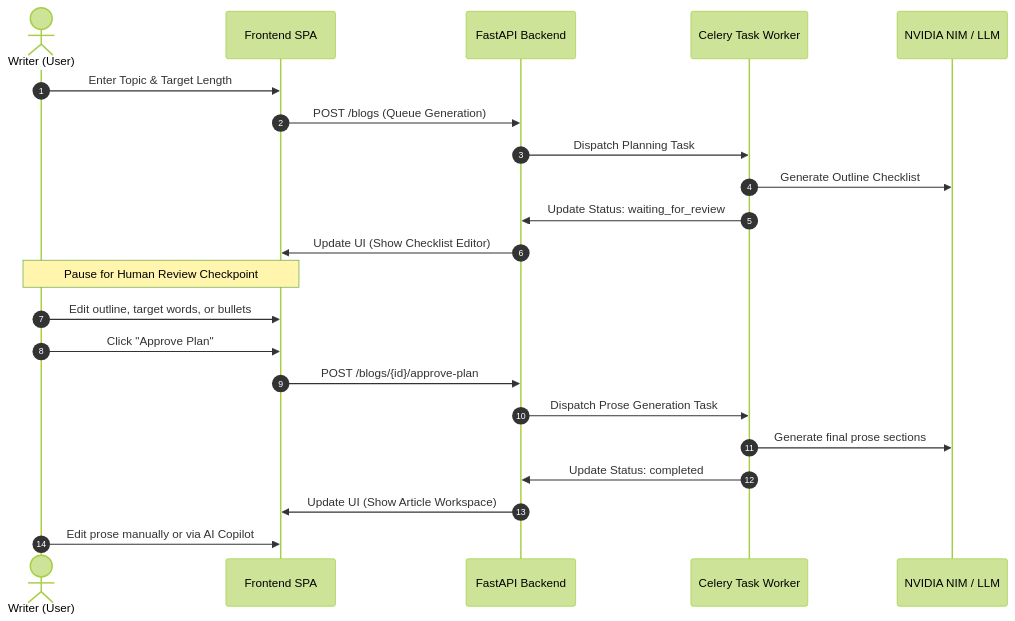
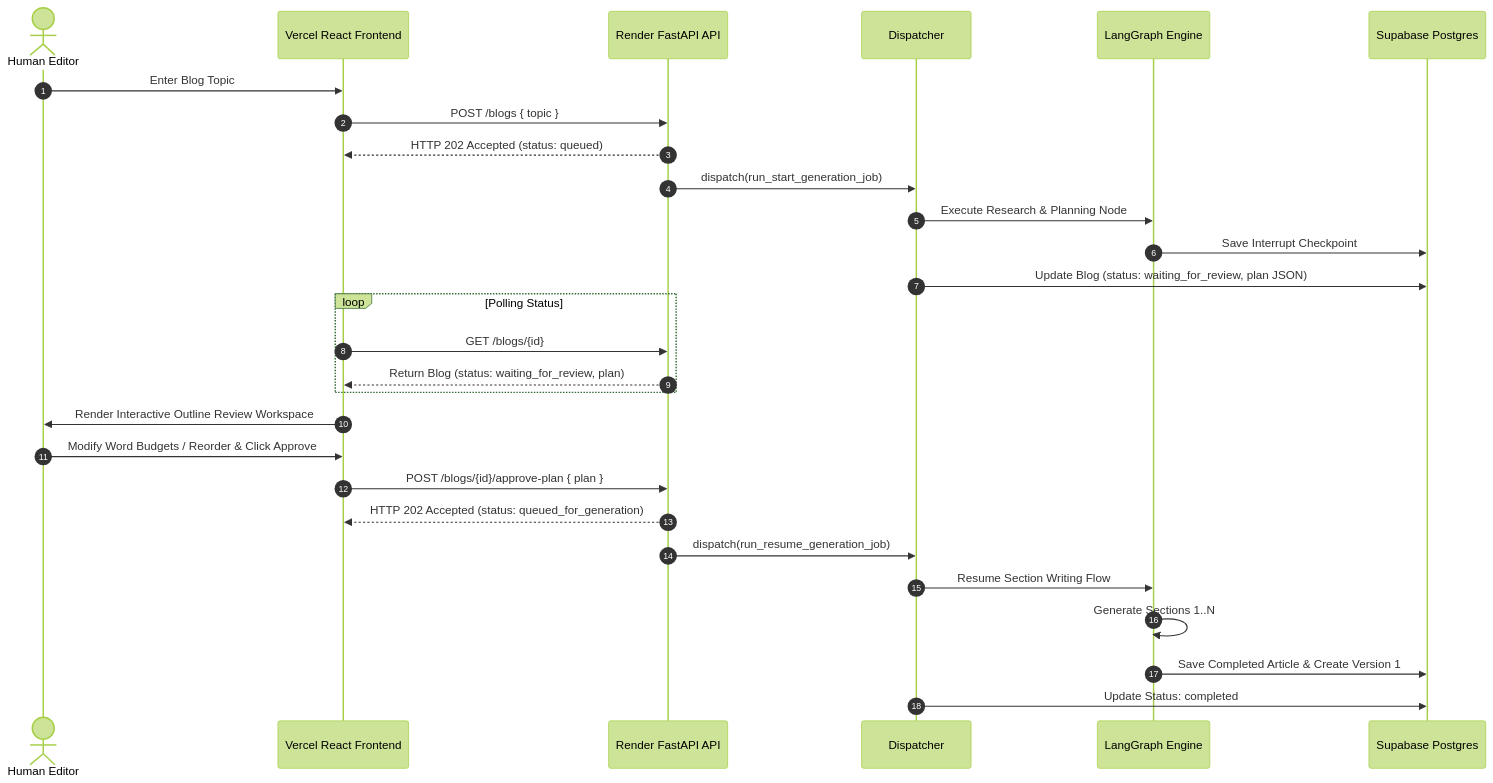
Before and after one commit to shubhamupadhyay12/QuillOps: the fourth of 6 diagrams in README.md, drawn with Mermaid (forest theme). The commit also changed other lines of this file, not shown here.

````diff
--- a/README.md
+++ b/README.md
@@ -36,25 +220,33 @@
 ```mermaid
 sequenceDiagram
     autonumber
-    actor User as Writer (User)
-    participant Client as Frontend SPA
-    participant API as FastAPI Backend
-    participant Worker as Celery Task Worker
-    participant LLM as NVIDIA NIM / LLM
+    actor Editor as Human Editor
+    participant FE as Vercel React Frontend
+    participant API as Render FastAPI API
+    participant DISP as Dispatcher
+    participant LG as LangGraph Engine
+    participant DB as Supabase Postgres
 
-    User->>Client: Enter Topic & Target Length
-    Client->>API: POST /blogs (Queue Generation)
-    API->>Worker: Dispatch Planning Task
-    Worker->>LLM: Generate Outline Checklist
-    Worker->>API: Update Status: waiting_for_review
-    API->>Client: Update UI (Show Checklist Editor)
-    Note over User, Client: Pause for Human Review Checkpoint
-    User->>Client: Edit outline, target words, or bullets
-    User->>Client: Click "Approve Plan"
-    Client->>API: POST /blogs/{id}/approve-plan
-    API->>Worker: Dispatch Prose Generation Task
-    Worker->>LLM: Generate final prose sections
-    Worker->>API: Update Status: completed
-    API->>Client: Update UI (Show Article Workspace)
-    User->>Client: Edit prose manually or via AI Copilot
+    Editor->>FE: Enter Blog Topic
+    FE->>API: POST /blogs { topic }
+    API-->>FE: HTTP 202 Accepted (status: queued)
+    API->>DISP: dispatch(run_start_generation_job)
+    DISP->>LG: Execute Research & Planning Node
+    LG->>DB: Save Interrupt Checkpoint
+    DISP->>DB: Update Blog (status: waiting_for_review, plan JSON)
+
+    loop Polling Status
+        FE->>API: GET /blogs/{id}
+        API-->>FE: Return Blog (status: waiting_for_review, plan)
+    end
+
+    FE->>Editor: Render Interactive Outline Review Workspace
+    Editor->>FE: Modify Word Budgets / Reorder & Click Approve
+    FE->>API: POST /blogs/{id}/approve-plan { plan }
+    API-->>FE: HTTP 202 Accepted (status: queued_for_generation)
+    API->>DISP: dispatch(run_resume_generation_job)
+    DISP->>LG: Resume Section Writing Flow
+    LG->>LG: Generate Sections 1..N
+    LG->>DB: Save Completed Article & Create Version 1
+    DISP->>DB: Update Status: completed
 ```
````
